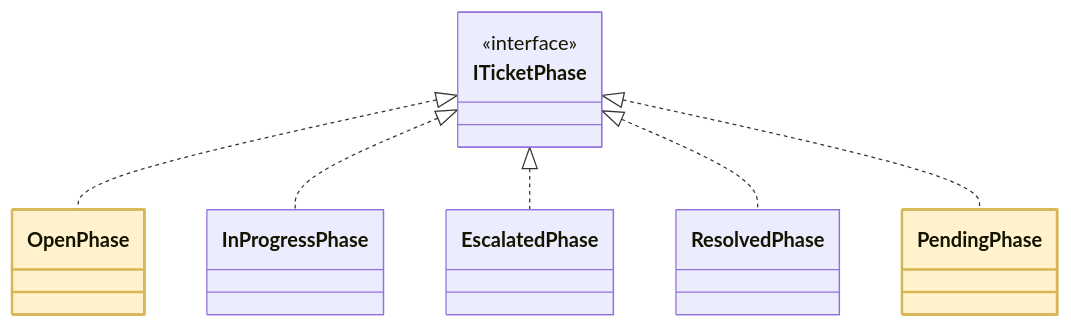
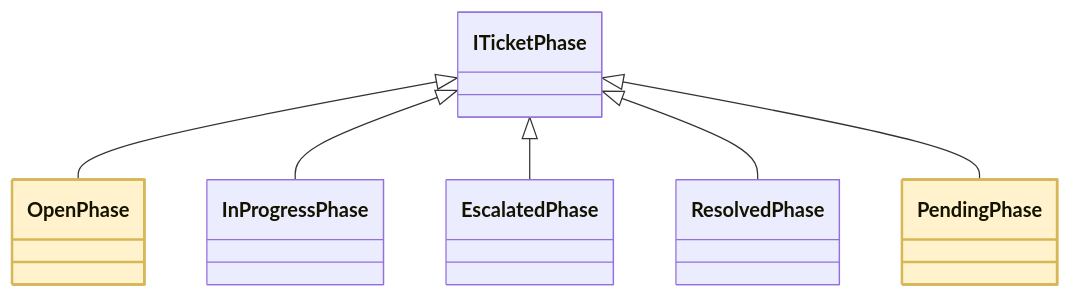
Before and after one commit to kumachan1101-pixel/DesignPattern: diagram 12 of 22 in kindle/design-patterns/output/chapter09_2.md, drawn with Mermaid. The commit also changed other lines of this file and 30 other files, not shown here.

````diff
--- a/kindle/design-patterns/output/chapter09_2.md
+++ b/kindle/design-patterns/output/chapter09_2.md
@@ -1921,17 +1933,17 @@
 ```mermaid
 classDiagram
-    class ITicketPhase { <<interface>> }
+    class ITicketPhase
     class OpenPhase
     class InProgressPhase
     class EscalatedPhase
     class ResolvedPhase
     class PendingPhase
-    ITicketPhase <|.. OpenPhase
-    ITicketPhase <|.. InProgressPhase
-    ITicketPhase <|.. EscalatedPhase
-    ITicketPhase <|.. ResolvedPhase
-    ITicketPhase <|.. PendingPhase
+    ITicketPhase <|-- OpenPhase
+    ITicketPhase <|-- InProgressPhase
+    ITicketPhase <|-- EscalatedPhase
+    ITicketPhase <|-- ResolvedPhase
+    ITicketPhase <|-- PendingPhase
     class OpenPhase:::focus
     class PendingPhase:::focus
     classDef focus fill:#FFF2CC,stroke:#D6B656,stroke-width:2px
 ```
````
